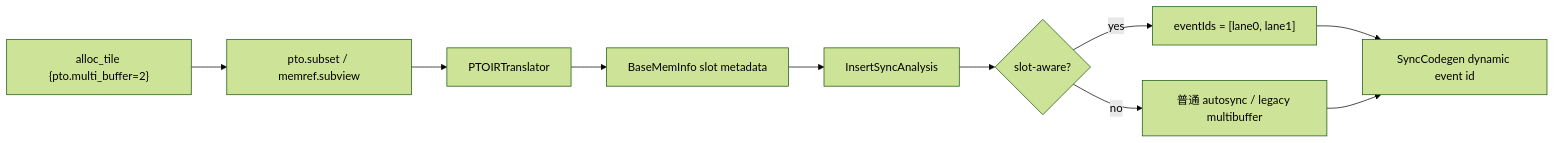
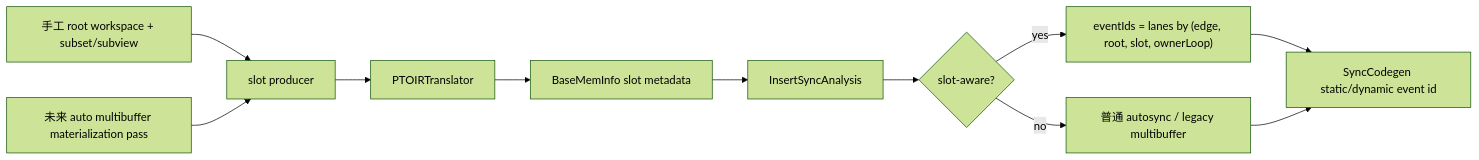
Before and after one commit to TaoTao-real/PTOAS: the diagram in docs/designs/ptoas-auto-sync-subset-multibuffer-v1.md, drawn with Mermaid (forest theme). The commit also changed other lines of this file, not shown here.

Commit message:
docs: refine multibuffer slot-aware design

````diff
--- a/docs/designs/ptoas-auto-sync-subset-multibuffer-v1.md
+++ b/docs/designs/ptoas-auto-sync-subset-multibuffer-v1.md
@@ -130,12 +150,13 @@
 ```mermaid
 flowchart LR
-  A["alloc_tile {pto.multi_buffer=2}"] --> B["pto.subset / memref.subview"]
-  B --> C["PTOIRTranslator"]
-  C --> D["BaseMemInfo slot metadata"]
-  D --> E["InsertSyncAnalysis"]
-  E --> F{"slot-aware?"}
-  F -->|"yes"| G["eventIds = [lane0, lane1]"]
-  F -->|"no"| H["普通 autosync / legacy multibuffer"]
-  G --> I["SyncCodegen dynamic event id"]
-  H --> I
+  A["手工 root workspace + subset/subview"] --> C["slot producer"]
+  B["未来 auto multibuffer materialization pass"] --> C
+  C --> D["PTOIRTranslator"]
+  D --> E["BaseMemInfo slot metadata"]
+  E --> F["InsertSyncAnalysis"]
+  F --> G{"slot-aware?"}
+  G -->|"yes"| H["eventIds = lanes by (edge, root, slot, ownerLoop)"]
+  G -->|"no"| I["普通 autosync / legacy multibuffer"]
+  H --> J["SyncCodegen static/dynamic event id"]
+  I --> J
 ```
````
